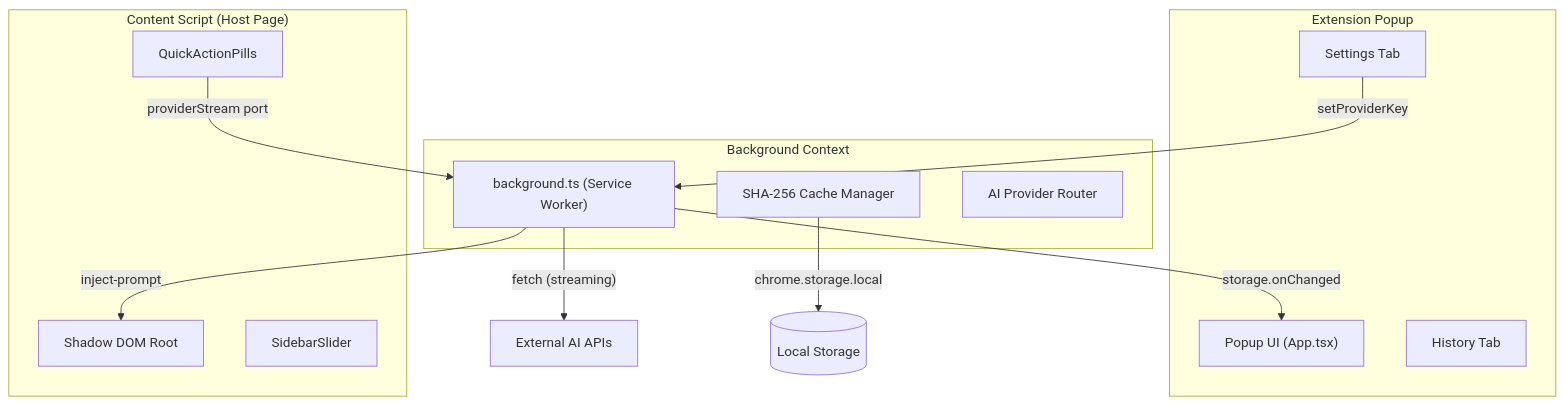
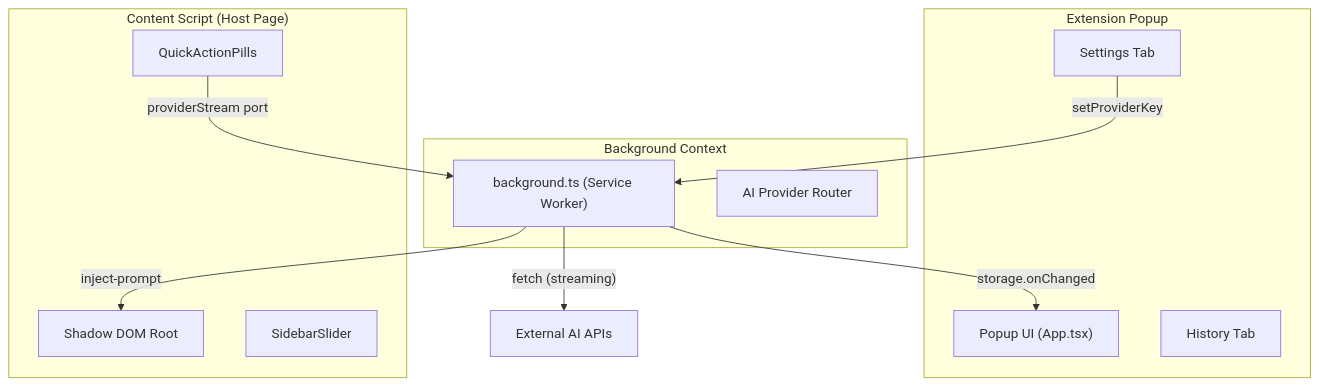
One commit to harshitzofficial/Promptly changed the third of 7 diagrams in README.md. Above: the diagram before and after it, drawn with Mermaid. The commit also changed other lines of this file and 5 other files, not shown here.

````diff
--- a/README.md
+++ b/README.md
@@ -247,27 +240,25 @@
 ```mermaid
 graph TD
     subgraph "Extension Popup"
         P_UI["Popup UI (App.tsx)"]
         P_Hist["History Tab"]
         P_Set["Settings Tab"]
     end
 
     subgraph "Background Context"
         BSW["background.ts (Service Worker)"]
-        Cache["SHA-256 Cache Manager"]
         Prov["AI Provider Router"]
     end
 
     subgraph "Content Script (Host Page)"
         ShadowDOM["Shadow DOM Root"]
         Pills["QuickActionPills"]
         Slider["SidebarSlider"]
     end
 
     P_Set -- "setProviderKey" --> BSW
     BSW -- "storage.onChanged" --> P_UI
     Pills -- "providerStream port" --> BSW
     BSW -- "inject-prompt" --> ShadowDOM
     BSW -- "fetch (streaming)" --> AI_API["External AI APIs"]
-    Cache -- "chrome.storage.local" --> STORE[("Local Storage")]
 ```
````
